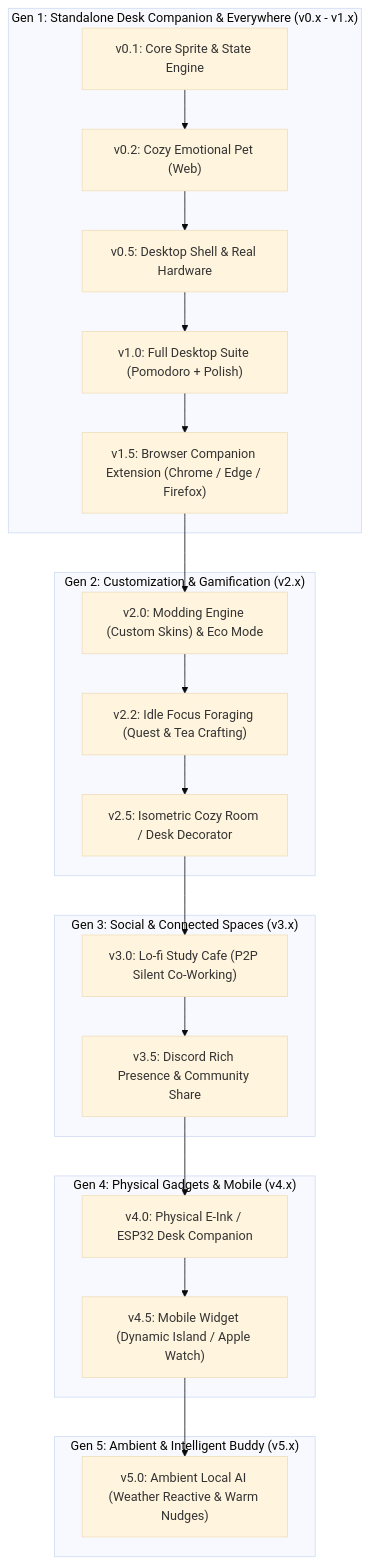
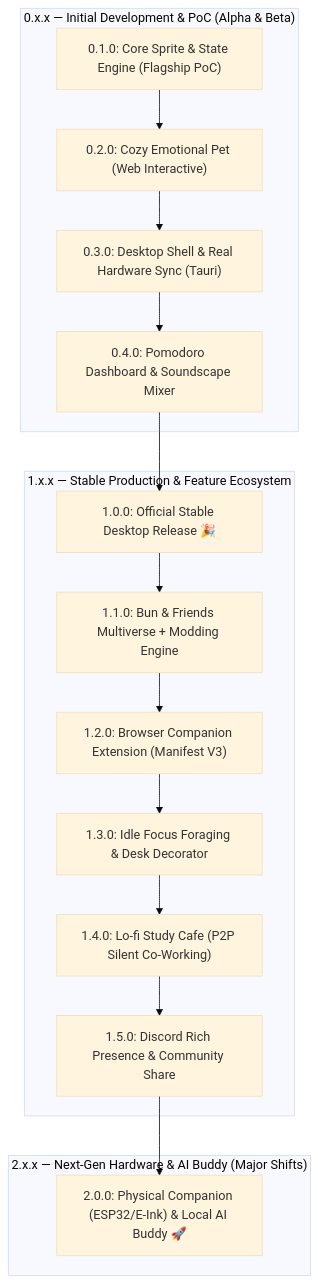
The diagram in non-docs/specs/version-roadmap.md (vavinon/lofi-bun-companion), drawn with Mermaid (base theme) before and after one commit. The commit also changed other lines of this file and 4 other files, not shown here.

Commit message:
docs(spec): align roadmap to semver 2.0.0 and refine 0.1.0 task plan

````diff
--- a/non-docs/specs/version-roadmap.md
+++ b/non-docs/specs/version-roadmap.md
@@ -14,29 +15,21 @@
 ```mermaid
 graph TD
-    subgraph Gen1["Gen 1: Standalone Desk Companion & Everywhere (v0.x - v1.x)"]
-        v01["v0.1: Core Sprite & State Engine"] --> v02["v0.2: Cozy Emotional Pet (Web)"]
-        v02 --> v05["v0.5: Desktop Shell & Real Hardware"]
-        v05 --> v10["v1.0: Full Desktop Suite (Pomodoro + Polish)"]
-        v10 --> v15["v1.5: Browser Companion Extension (Chrome / Edge / Firefox)"]
+    subgraph PreRelease["0.x.x — Initial Development & PoC (Alpha & Beta)"]
+        v010["0.1.0: Core Sprite & State Engine (Flagship PoC)"] --> v020["0.2.0: Cozy Emotional Pet (Web Interactive)"]
+        v020 --> v030["0.3.0: Desktop Shell & Real Hardware Sync (Tauri)"]
+        v030 --> v040["0.4.0: Pomodoro Dashboard & Soundscape Mixer"]
     end
 
-    subgraph Gen2["Gen 2: Customization & Gamification (v2.x)"]
-        v15 --> v20["v2.0: Modding Engine (Custom Skins) & Eco Mode"]
-        v20 --> v22["v2.2: Idle Focus Foraging (Quest & Tea Crafting)"]
-        v22 --> v25["v2.5: Isometric Cozy Room / Desk Decorator"]
+    subgraph Major1["1.x.x — Stable Production & Feature Ecosystem"]
+        v040 --> v100["1.0.0: Official Stable Desktop Release 🎉"]
+        v100 --> v110["1.1.0: Bun & Friends Multiverse + Modding Engine"]
+        v110 --> v120["1.2.0: Browser Companion Extension (Manifest V3)"]
+        v120 --> v130["1.3.0: Idle Focus Foraging & Desk Decorator"]
+        v130 --> v140["1.4.0: Lo-fi Study Cafe (P2P Silent Co-Working)"]
+        v140 --> v150["1.5.0: Discord Rich Presence & Community Share"]
     end
 
-    subgraph Gen3["Gen 3: Social & Connected Spaces (v3.x)"]
-        v25 --> v30["v3.0: Lo-fi Study Cafe (P2P Silent Co-Working)"]
-        v30 --> v35["v3.5: Discord Rich Presence & Community Share"]
-    end
-
-    subgraph Gen4["Gen 4: Physical Gadgets & Mobile (v4.x)"]
-        v35 --> v40["v4.0: Physical E-Ink / ESP32 Desk Companion"]
-        v40 --> v45["v4.5: Mobile Widget (Dynamic Island / Apple Watch)"]
-    end
-
-    subgraph Gen5["Gen 5: Ambient & Intelligent Buddy (v5.x)"]
-        v45 --> v50["v5.0: Ambient Local AI (Weather Reactive & Warm Nudges)"]
+    subgraph Major2["2.x.x — Next-Gen Hardware & AI Buddy (Major Shifts)"]
+        v150 --> v200["2.0.0: Physical Companion (ESP32/E-Ink) & Local AI Buddy 🚀"]
     end
 ```
````
